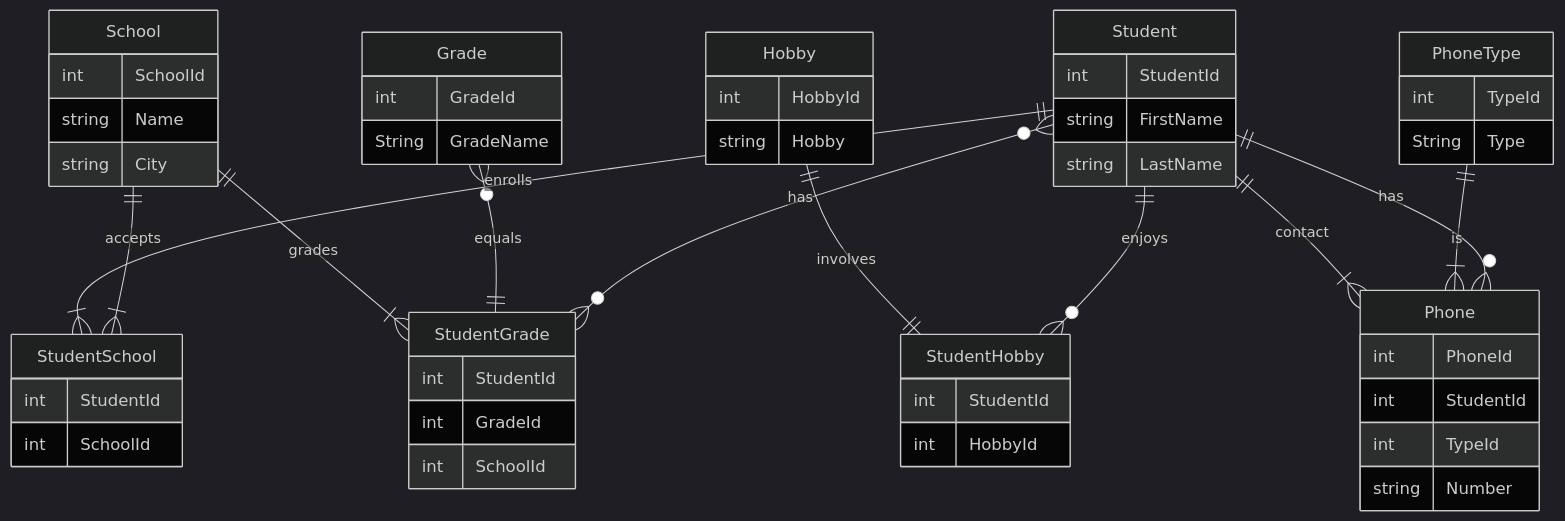
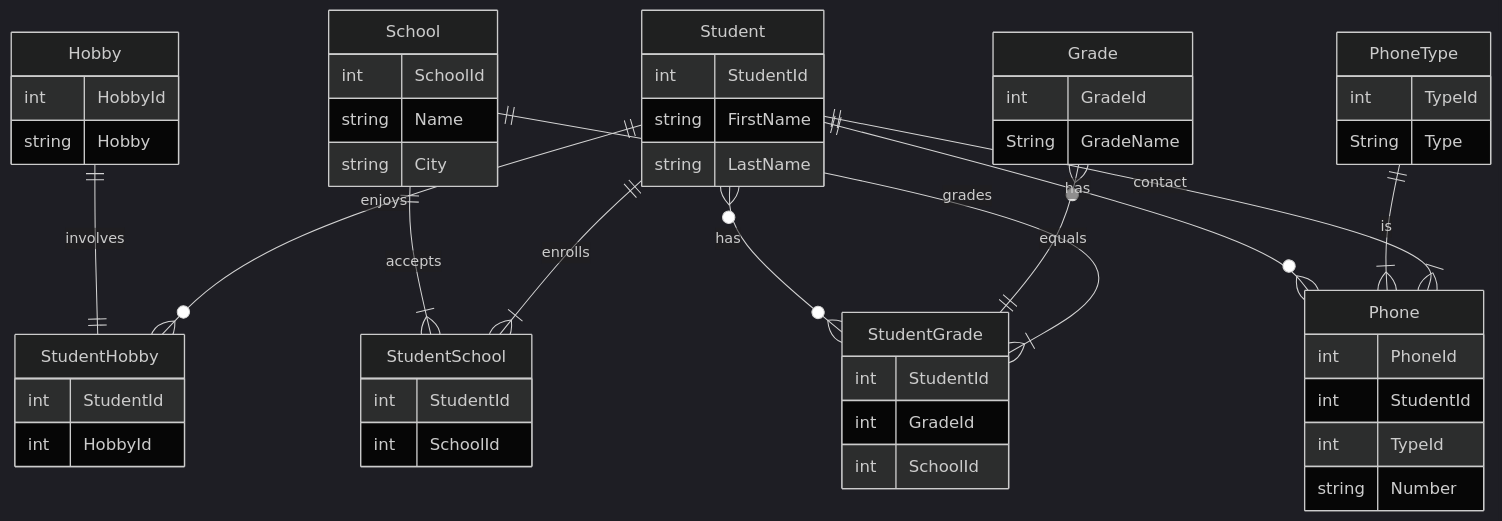
Before and after one commit to ellinorekmark/db2022: the diagram in README.md, drawn with Mermaid (dark theme). The commit also changed other lines of this file, not shown here.

````diff
--- a/README.md
+++ b/README.md
@@ -1,71 +1,71 @@
 ```mermaid
 
 erDiagram    
+    Hobby ||--||StudentHobby : involves
     School ||--|{ StudentSchool : accepts
     Student || --|{StudentSchool : enrolls
     Student ||--o{StudentHobby : enjoys
     Student || -- o{Phone : has
     PhoneType ||--|{ Phone : is
-    Hobby ||--||StudentHobby : involves
     Student ||--|{Phone : contact
     Student }o--o{ StudentGrade : has
     Grade }o--|| StudentGrade : equals
     School ||--|{ StudentGrade : grades
     
     
     StudentSchool {
         int StudentId
         int SchoolId
     }
     
     Student {
         int StudentId
         string FirstName
         string LastName
     }
     
     School {
         int SchoolId
         string Name
         string City
     }
 
     StudentHobby {
         int StudentId
         int HobbyId
     }
 
     Hobby {
         int HobbyId
         string Hobby
     }
 
     Phone {
         int PhoneId
         int StudentId
 	int TypeId
         string Number
     }
 
     PhoneType {
 	int TypeId
 	String Type
     }
 
     Grade {
 	int GradeId
 	String GradeName
     }
 
     StudentGrade {
 	int StudentId
 	int GradeId
 	int SchoolId
     }
 
 
 
 
 
 
 ```
````
